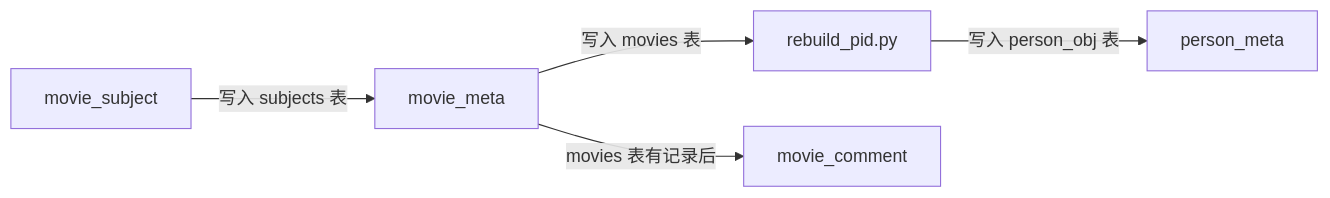
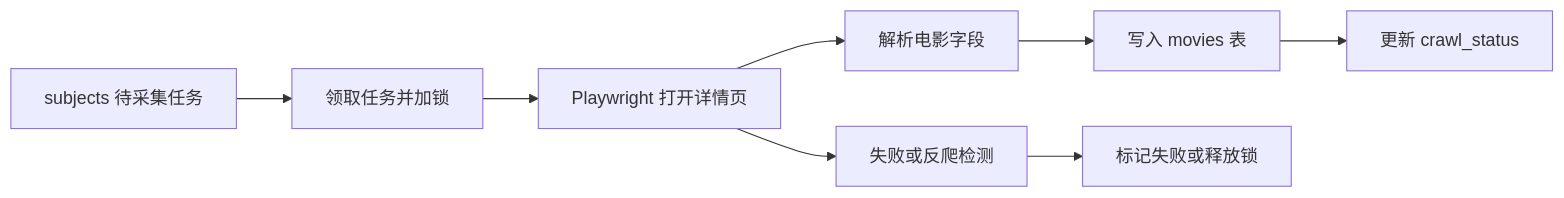
The first of 2 diagrams in documents/spiders_plan.md (yasin0324/douban-kg-system), drawn with Mermaid before and after one commit. The commit also changed other lines of this file and 15 other files, not shown here.

````diff
--- a/documents/spiders_plan.md
+++ b/documents/spiders_plan.md
@@ -117,7 +23,10 @@
 ```mermaid
 flowchart LR
-    A[movie_subject] -->|写入 subjects 表| B[movie_meta]
-    B -->|写入 movies 表| C[rebuild_pid.py]
-    C -->|写入 person_obj 表| D[person_meta]
-    B -->|movies 表有记录后| E[movie_comment]
+    A[subjects 待采集任务] --> B[领取任务并加锁]
+    B --> C[Playwright 打开详情页]
+    C --> D[解析电影字段]
+    D --> E[写入 movies 表]
+    E --> F[更新 crawl_status]
+    C --> G[失败或反爬检测]
+    G --> H[标记失败或释放锁]
 ```
````
